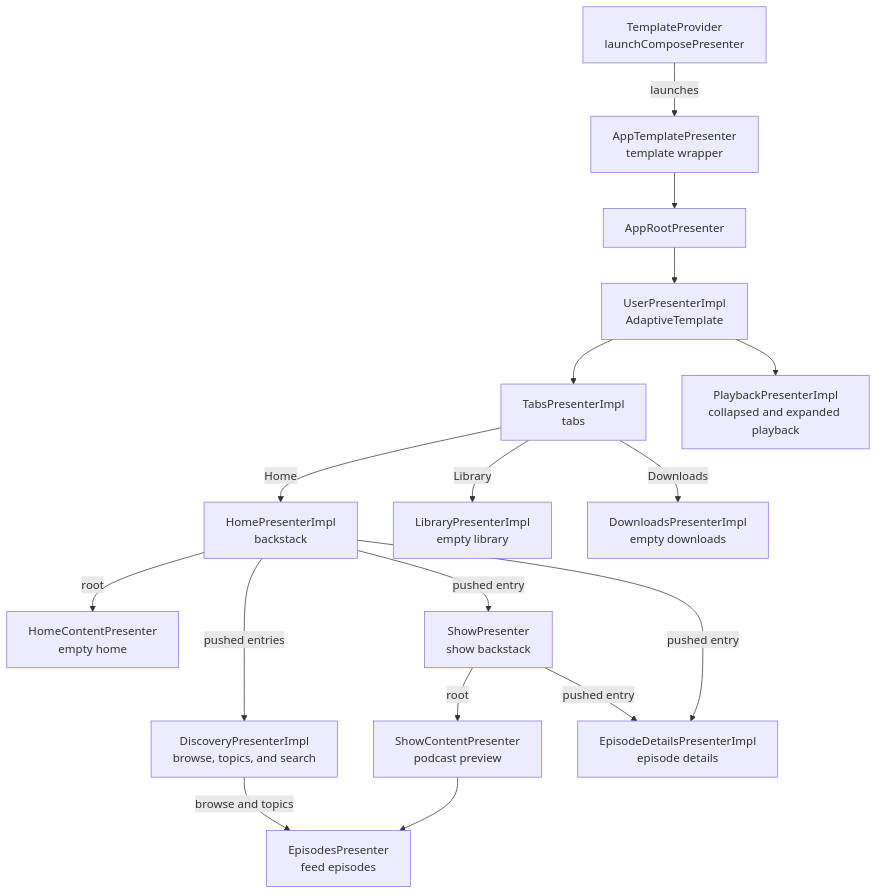
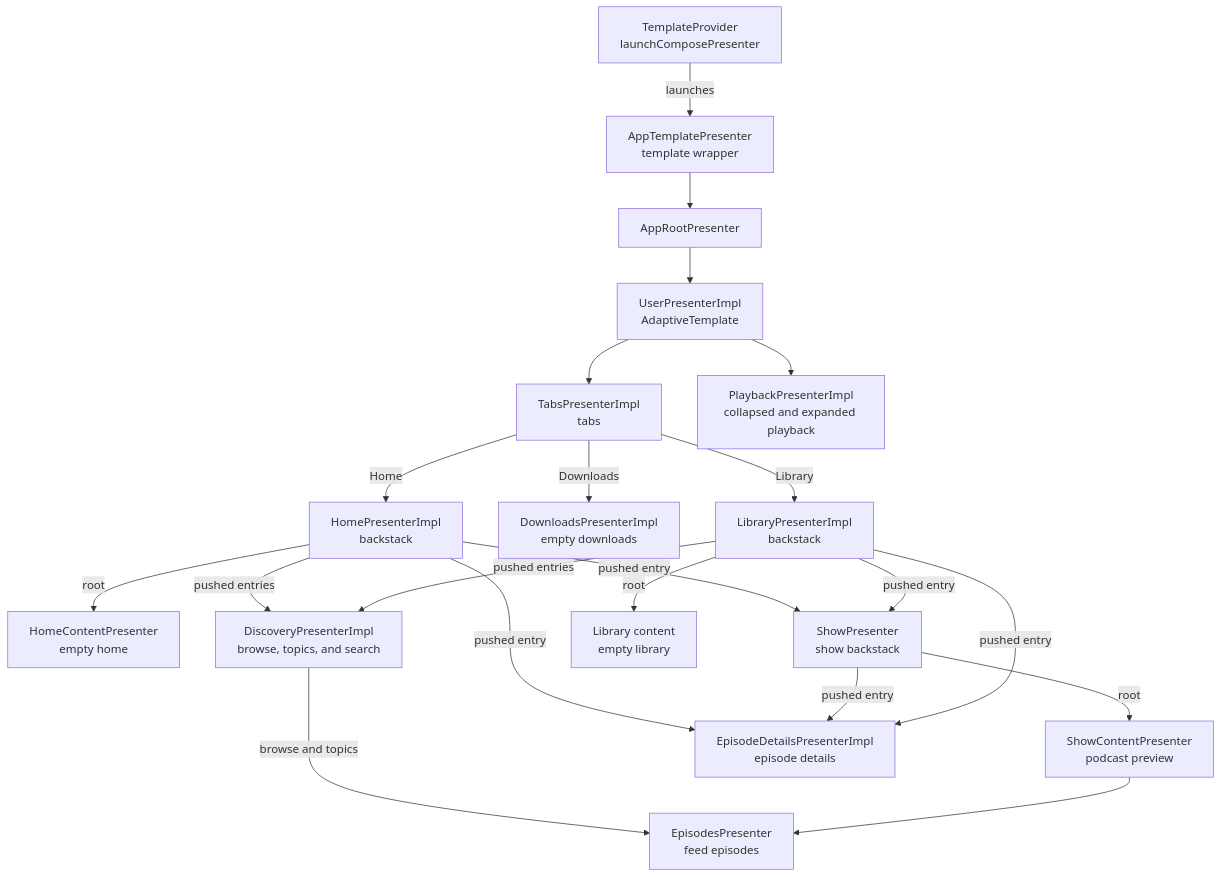
One commit to vRallev/storymile changed the diagram in docs/presenter-hierarchy.md. Above: the diagram before and after it, drawn with Mermaid. The commit also changed other lines of this file and 6 other files, not shown here.

````diff
--- a/docs/presenter-hierarchy.md
+++ b/docs/presenter-hierarchy.md
@@ -8,35 +8,40 @@
 ```mermaid
 flowchart TD
   TemplateProvider["TemplateProvider\nlaunchComposePresenter"]
   AppTemplatePresenter["AppTemplatePresenter\ntemplate wrapper"]
   AppRootPresenter["AppRootPresenter"]
   UserPresenter["UserPresenterImpl\nAdaptiveTemplate"]
   HomePresenter["HomePresenterImpl\nbackstack"]
   HomeContentPresenter["HomeContentPresenter\nempty home"]
   DiscoveryPresenterImpl["DiscoveryPresenterImpl\nbrowse, topics, and search"]
   ShowPresenter["ShowPresenter\nshow backstack"]
   ShowContentPresenter["ShowContentPresenter\npodcast preview"]
   EpisodeDetailsPresenter["EpisodeDetailsPresenterImpl\nepisode details"]
   EpisodesPresenter["EpisodesPresenter\nfeed episodes"]
   DownloadsPresenter["DownloadsPresenterImpl\nempty downloads"]
   TabsPresenter["TabsPresenterImpl\ntabs"]
-  LibraryPresenter["LibraryPresenterImpl\nempty library"]
+  LibraryPresenter["LibraryPresenterImpl\nbackstack"]
+  LibraryContent["Library content\nempty library"]
   PlaybackPresenter["PlaybackPresenterImpl\ncollapsed and expanded playback"]
 
   TemplateProvider -->|launches| AppTemplatePresenter
   AppTemplatePresenter --> AppRootPresenter
   AppRootPresenter --> UserPresenter
   UserPresenter --> TabsPresenter
   TabsPresenter -->|Home| HomePresenter
   HomePresenter -->|root| HomeContentPresenter
   HomePresenter -->|pushed entries| DiscoveryPresenterImpl
   HomePresenter -->|pushed entry| ShowPresenter
   HomePresenter -->|pushed entry| EpisodeDetailsPresenter
   DiscoveryPresenterImpl -->|browse and topics| EpisodesPresenter
   ShowPresenter -->|root| ShowContentPresenter
   ShowPresenter -->|pushed entry| EpisodeDetailsPresenter
   ShowContentPresenter --> EpisodesPresenter
   TabsPresenter -->|Library| LibraryPresenter
+  LibraryPresenter -->|root| LibraryContent
+  LibraryPresenter -->|pushed entries| DiscoveryPresenterImpl
+  LibraryPresenter -->|pushed entry| ShowPresenter
+  LibraryPresenter -->|pushed entry| EpisodeDetailsPresenter
   TabsPresenter -->|Downloads| DownloadsPresenter
   UserPresenter --> PlaybackPresenter
 ```
````
